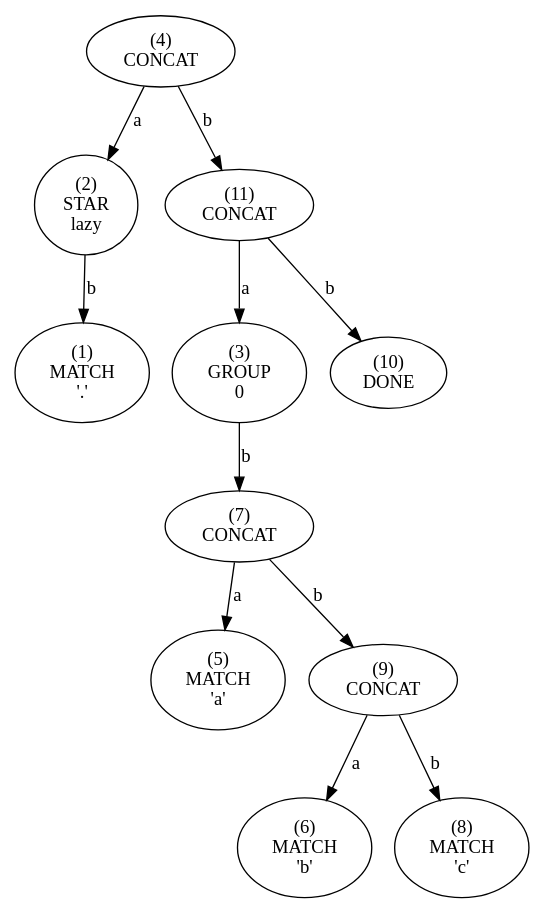
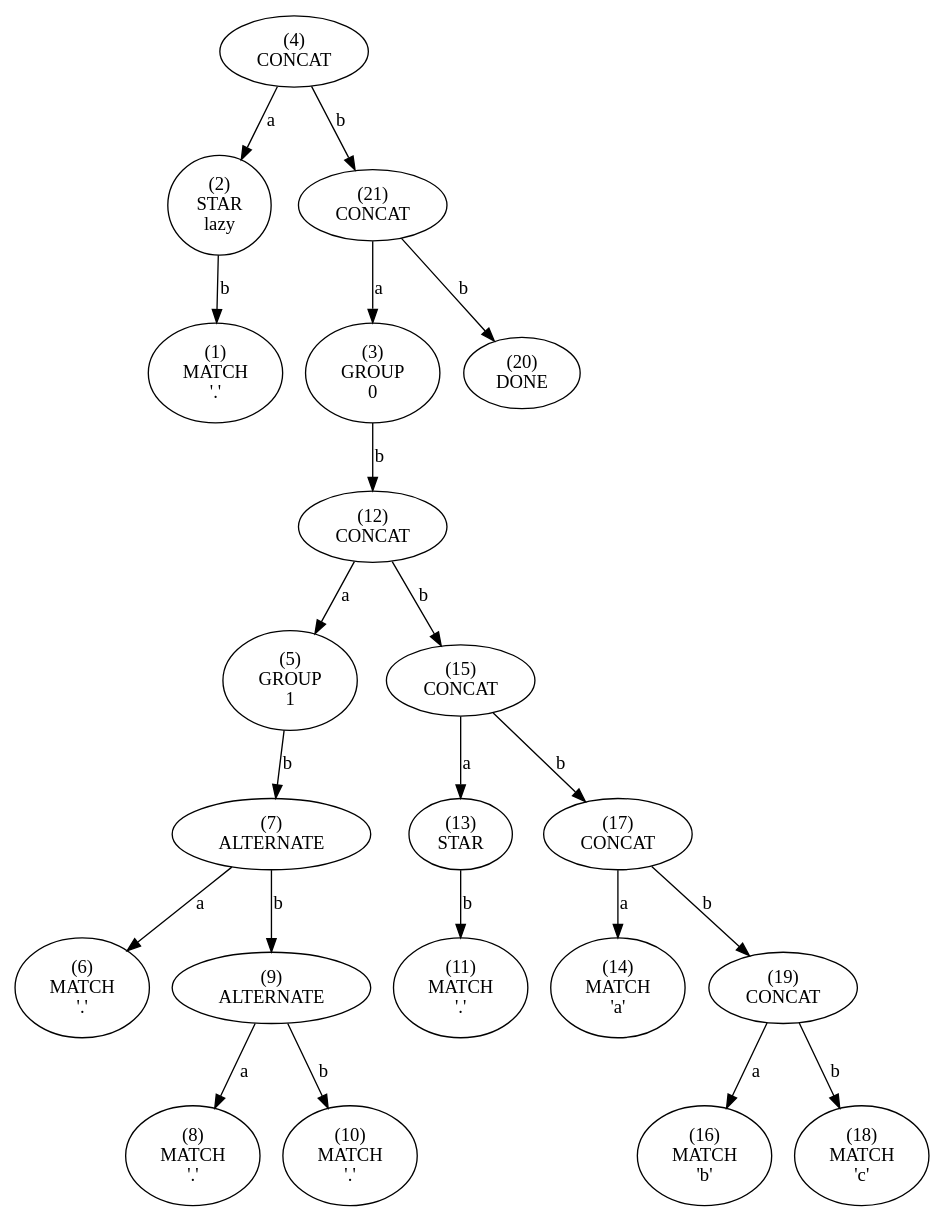
One commit to essele/rele changed the diagram in tree.dot. Above: the diagram before and after it, drawn with Graphviz. The commit also changed 6 other files, not shown here.

```diff
--- a/tree.dot
+++ b/tree.dot
@@ -1,45 +1,85 @@
 digraph tree {
-    n0x4a8f0d0 [label="(4)
+    n0xbf7ea3ec1330 [label="(4)
 CONCAT
 "];
-    n0x4a8f0d0 -> n0x4a8f090 [label="a"];
-    n0x4a8f090 [label="(2)
+    n0xbf7ea3ec1330 -> n0xbf7ea3ec12f0 [label="a"];
+    n0xbf7ea3ec12f0 [label="(2)
 STAR
 lazy"];
-    n0x4a8f090 -> n0x4a8f070 [label="b"];
-    n0x4a8f070 [label="(1)
+    n0xbf7ea3ec12f0 -> n0xbf7ea3ec12d0 [label="b"];
+    n0xbf7ea3ec12d0 [label="(1)
 MATCH
 '.'"];
-    n0x4a8f0d0 -> n0x4a8f1b0 [label="b"];
-    n0x4a8f1b0 [label="(11)
+    n0xbf7ea3ec1330 -> n0xbf7ea3ec1550 [label="b"];
+    n0xbf7ea3ec1550 [label="(21)
 CONCAT
 "];
-    n0x4a8f1b0 -> n0x4a8f0b0 [label="a"];
-    n0x4a8f0b0 [label="(3)
+    n0xbf7ea3ec1550 -> n0xbf7ea3ec1310 [label="a"];
+    n0xbf7ea3ec1310 [label="(3)
 GROUP
 0"];
-    n0x4a8f0b0 -> n0x4a8f130 [label="b"];
-    n0x4a8f130 [label="(7)
+    n0xbf7ea3ec1310 -> n0xbf7ea3ec1430 [label="b"];
+    n0xbf7ea3ec1430 [label="(12)
 CONCAT
 "];
-    n0x4a8f130 -> n0x4a8f0f0 [label="a"];
-    n0x4a8f0f0 [label="(5)
+    n0xbf7ea3ec1430 -> n0xbf7ea3ec1350 [label="a"];
+    n0xbf7ea3ec1350 [label="(5)
+GROUP
+1"];
+    n0xbf7ea3ec1350 -> n0xbf7ea3ec1390 [label="b"];
+    n0xbf7ea3ec1390 [label="(7)
+ALTERNATE
+"];
+    n0xbf7ea3ec1390 -> n0xbf7ea3ec1370 [label="a"];
+    n0xbf7ea3ec1370 [label="(6)
+MATCH
+'.'"];
+    n0xbf7ea3ec1390 -> n0xbf7ea3ec13d0 [label="b"];
+    n0xbf7ea3ec13d0 [label="(9)
+ALTERNATE
+"];
+    n0xbf7ea3ec13d0 -> n0xbf7ea3ec13b0 [label="a"];
+    n0xbf7ea3ec13b0 [label="(8)
+MATCH
+'.'"];
+    n0xbf7ea3ec13d0 -> n0xbf7ea3ec13f0 [label="b"];
+    n0xbf7ea3ec13f0 [label="(10)
+MATCH
+'.'"];
+    n0xbf7ea3ec1430 -> n0xbf7ea3ec1490 [label="b"];
+    n0xbf7ea3ec1490 [label="(15)
+CONCAT
+"];
+    n0xbf7ea3ec1490 -> n0xbf7ea3ec1450 [label="a"];
+    n0xbf7ea3ec1450 [label="(13)
+STAR
+"];
+    n0xbf7ea3ec1450 -> n0xbf7ea3ec1410 [label="b"];
+    n0xbf7ea3ec1410 [label="(11)
+MATCH
+'.'"];
+    n0xbf7ea3ec1490 -> n0xbf7ea3ec14d0 [label="b"];
+    n0xbf7ea3ec14d0 [label="(17)
+CONCAT
+"];
+    n0xbf7ea3ec14d0 -> n0xbf7ea3ec1470 [label="a"];
+    n0xbf7ea3ec1470 [label="(14)
 MATCH
 'a'"];
-    n0x4a8f130 -> n0x4a8f170 [label="b"];
-    n0x4a8f170 [label="(9)
+    n0xbf7ea3ec14d0 -> n0xbf7ea3ec1510 [label="b"];
+    n0xbf7ea3ec1510 [label="(19)
 CONCAT
 "];
-    n0x4a8f170 -> n0x4a8f110 [label="a"];
-    n0x4a8f110 [label="(6)
+    n0xbf7ea3ec1510 -> n0xbf7ea3ec14b0 [label="a"];
+    n0xbf7ea3ec14b0 [label="(16)
 MATCH
 'b'"];
-    n0x4a8f170 -> n0x4a8f150 [label="b"];
-    n0x4a8f150 [label="(8)
+    n0xbf7ea3ec1510 -> n0xbf7ea3ec14f0 [label="b"];
+    n0xbf7ea3ec14f0 [label="(18)
 MATCH
 'c'"];
-    n0x4a8f1b0 -> n0x4a8f190 [label="b"];
-    n0x4a8f190 [label="(10)
+    n0xbf7ea3ec1550 -> n0xbf7ea3ec1530 [label="b"];
+    n0xbf7ea3ec1530 [label="(20)
 DONE
 "];
 }
```
